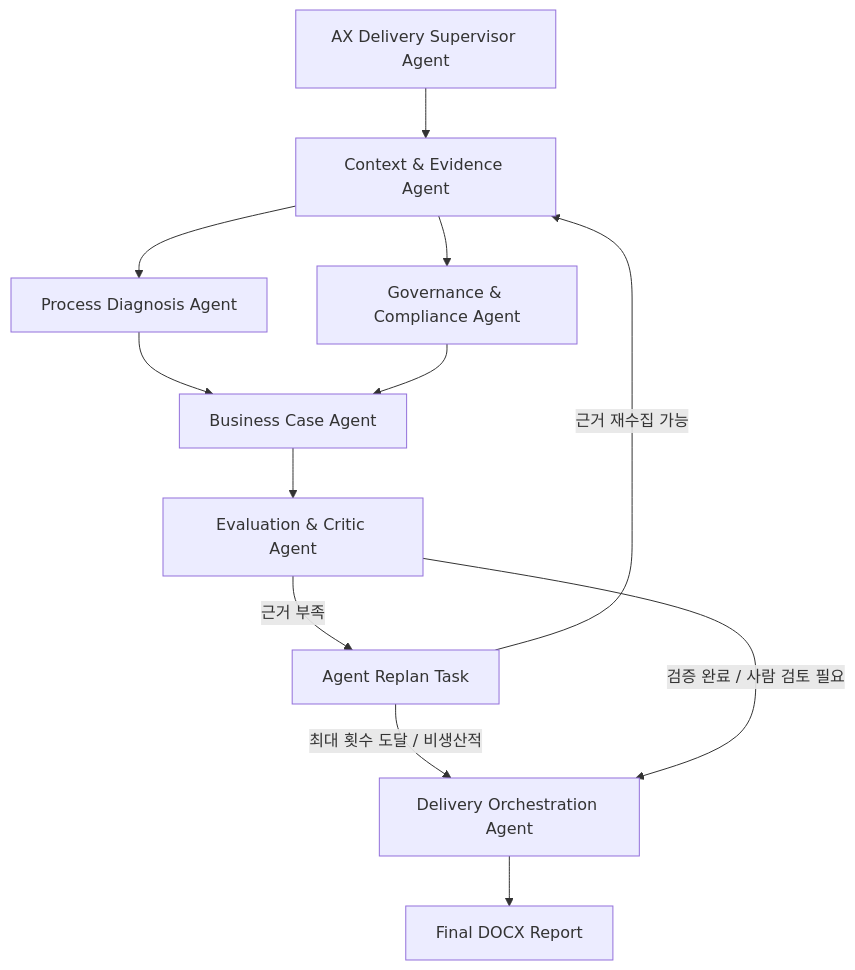
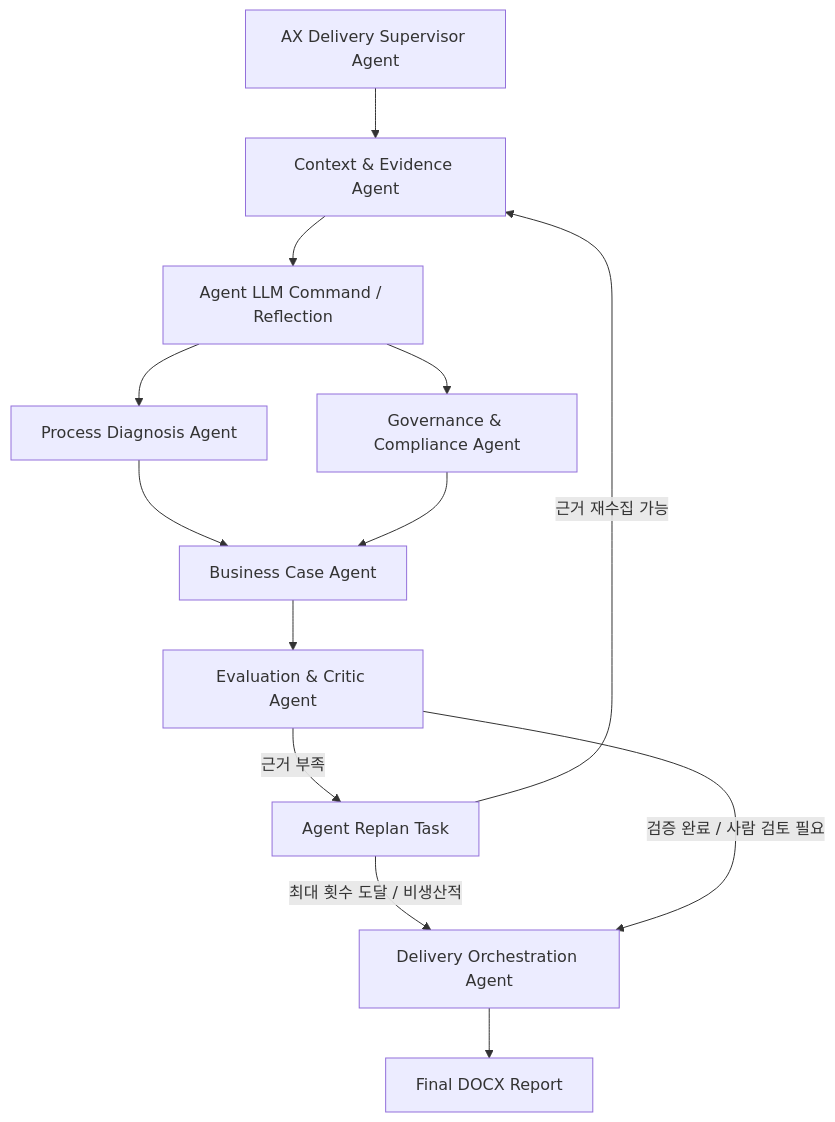
The first of 2 diagrams in README.md (ohjaesik/AI_Agent), drawn with Mermaid before and after one commit. The commit also changed other lines of this file, not shown here.

Commit message:
docs: update README for LLM-driven agent prompts

````diff
--- a/README.md
+++ b/README.md
@@ -134,19 +139,20 @@
 ```mermaid
 flowchart TD
     S[AX Delivery Supervisor Agent]
 
     S --> C[Context & Evidence Agent]
-    C --> P[Process Diagnosis Agent]
-    C --> G[Governance & Compliance Agent]
+    C --> CLLM[Agent LLM Command / Reflection]
+    CLLM --> P[Process Diagnosis Agent]
+    CLLM --> G[Governance & Compliance Agent]
 
     P --> B[Business Case Agent]
     G --> B
 
     B --> E[Evaluation & Critic Agent]
     E -->|근거 부족| R[Agent Replan Task]
     R -->|근거 재수집 가능| C
     R -->|최대 횟수 도달 / 비생산적| D[Delivery Orchestration Agent]
 
     E -->|검증 완료 / 사람 검토 필요| D
     D --> O[Final DOCX Report]
 ```
````
